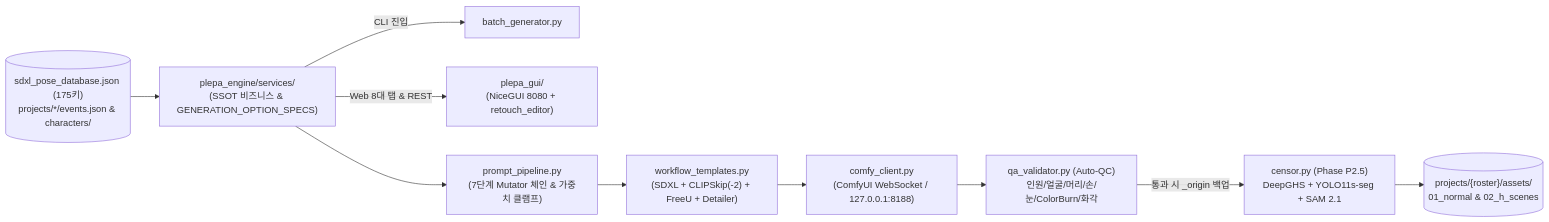
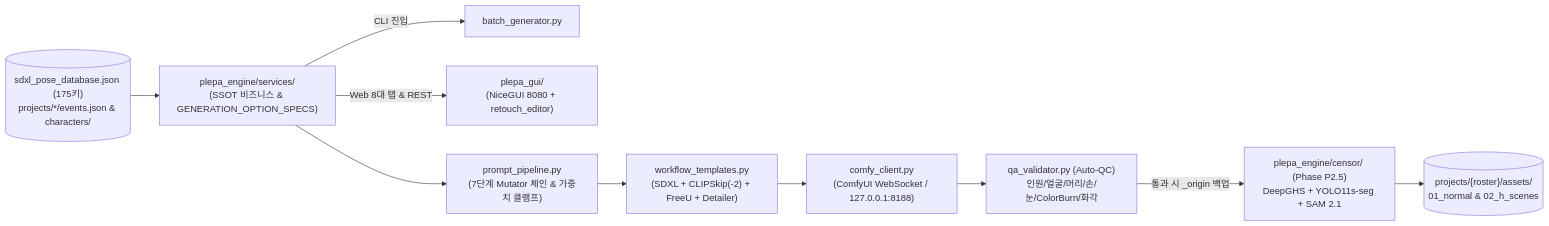
One commit to LeeKyunHo/plepa changed the diagram in docs/플에파_기능명세.md. Above: the diagram before and after it, drawn with Mermaid. The commit also changed other lines of this file and 4 other files, not shown here.

````diff
--- a/docs/플에파_기능명세.md
+++ b/docs/플에파_기능명세.md
@@ -9,12 +9,12 @@
 ```mermaid
 flowchart LR
     DB[("sdxl_pose_database.json (175키)\nprojects/*/events.json & characters/")] --> Services["plepa_engine/services/\n(SSOT 비즈니스 & GENERATION_OPTION_SPECS)"]
     Services -->|"CLI 진입"| CLI["batch_generator.py"]
     Services -->|"Web 8대 탭 & REST"| GUI["plepa_gui/\n(NiceGUI 8080 + retouch_editor)"]
     Services --> Pipeline["prompt_pipeline.py\n(7단계 Mutator 체인 & 가중치 클램프)"]
     Pipeline --> WF["workflow_templates.py\n(SDXL + CLIPSkip(-2) + FreeU + Detailer)"]
     WF --> Comfy["comfy_client.py\n(ComfyUI WebSocket / 127.0.0.1:8188)"]
     Comfy --> QC["qa_validator.py (Auto-QC)\n인원/얼굴/머리/손/눈/ColorBurn/화각"]
-    QC -->|"통과 시 _origin 백업"| Censor["censor.py (Phase P2.5)\nDeepGHS + YOLO11s-seg + SAM 2.1"]
+    QC -->|"통과 시 _origin 백업"| Censor["plepa_engine/censor/ (Phase P2.5)\nDeepGHS + YOLO11s-seg + SAM 2.1"]
     Censor --> Assets[("projects/{roster}/assets/\n01_normal & 02_h_scenes")]
 ```
````
